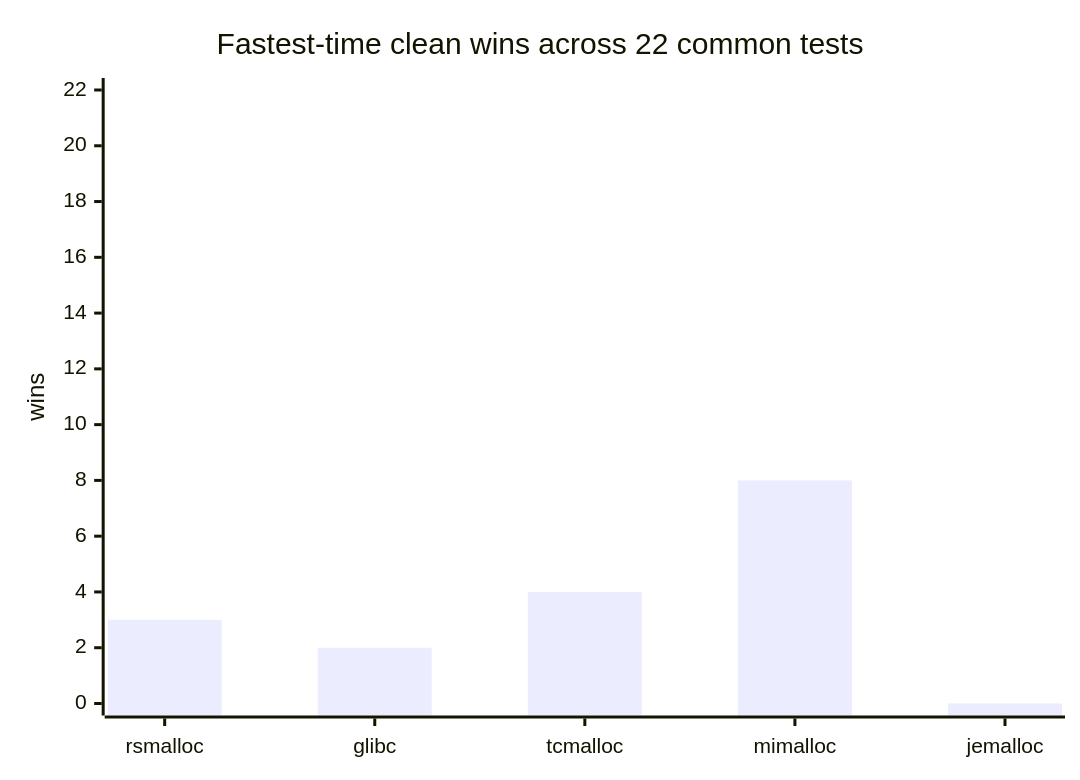
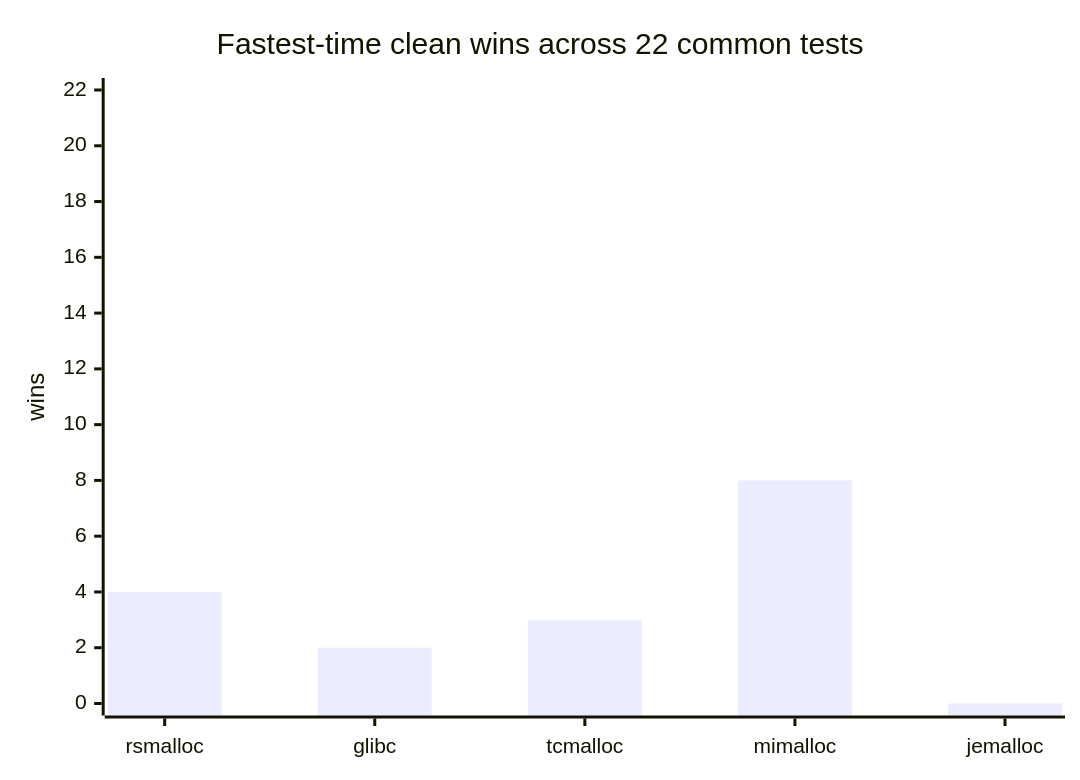
The first of 8 diagrams in benchmarks/benchmarks.md (Metehan120/rsmalloc), drawn with Mermaid before and after one commit. The commit also changed other lines of this file and 3 other files, not shown here.

````diff
--- a/benchmarks/benchmarks.md
+++ b/benchmarks/benchmarks.md
@@ -78,7 +78,7 @@
 ```mermaid
 xychart-beta
     title "Fastest-time clean wins across 22 common tests"
     x-axis [rsmalloc, glibc, tcmalloc, mimalloc, jemalloc]
     y-axis "wins" 0 --> 22
-    bar [3, 2, 4, 8, 0]
+    bar [4, 2, 3, 8, 0]
 ```
````
